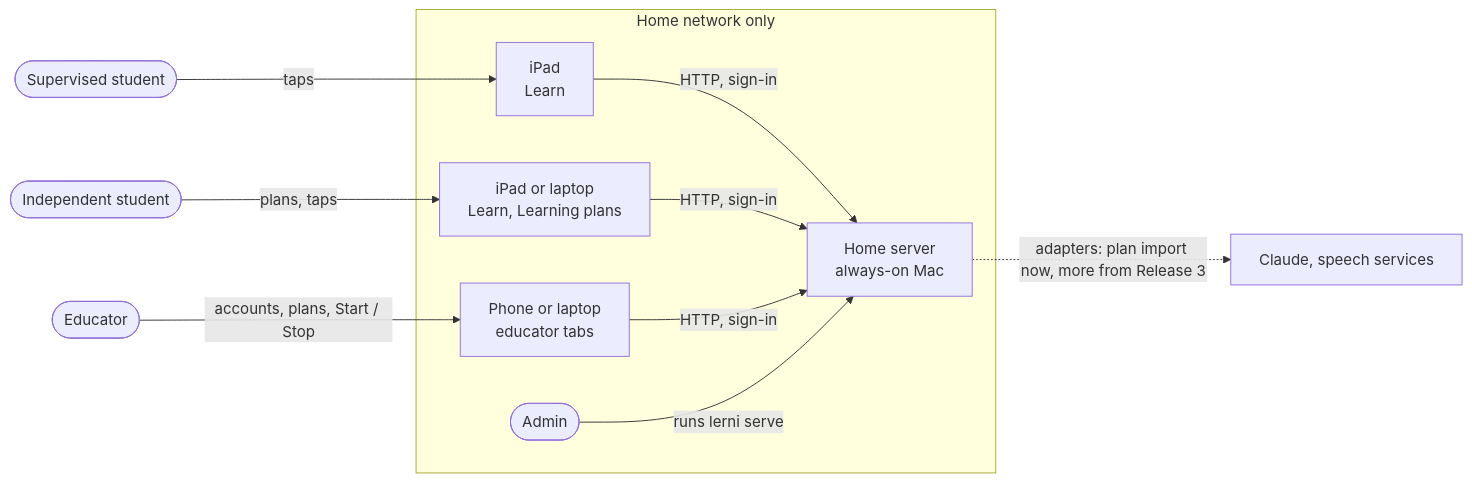
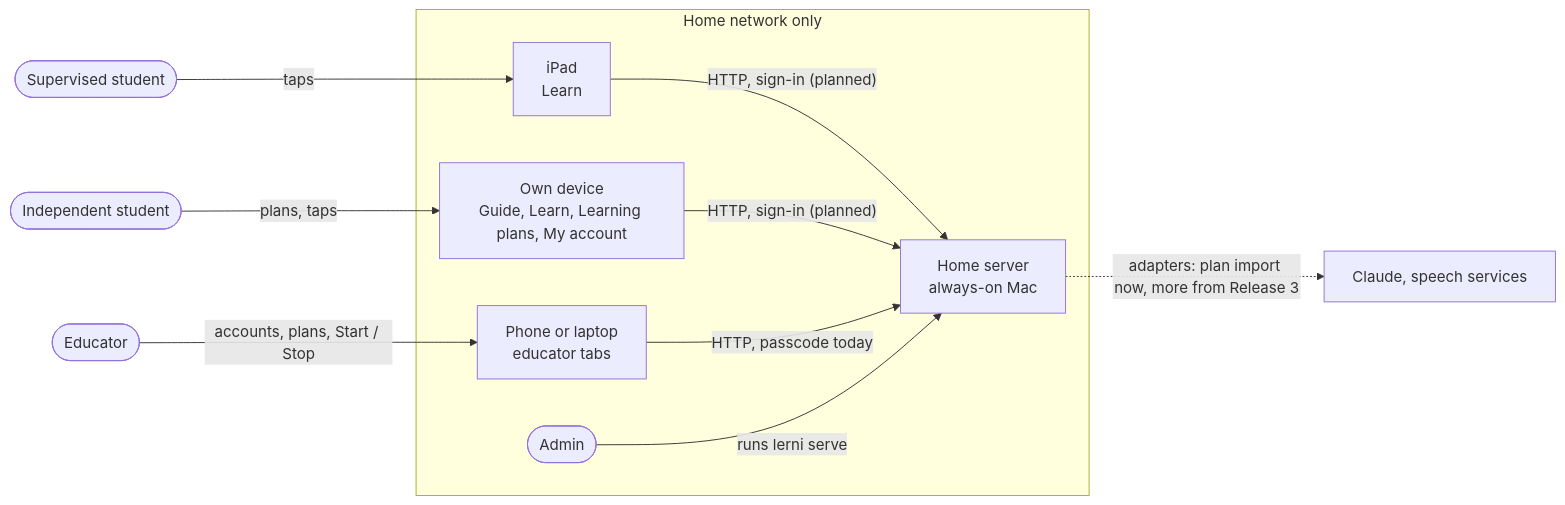
Before and after one commit to torenunez/lerni: the first of 3 diagrams in docs/ARCHITECTURE.md, drawn with Mermaid. The commit also changed other lines of this file and 12 other files, not shown here.

First line of the commit message:
Docs: revise the student-accounts design after two PR #7 reviews

````diff
--- a/docs/ARCHITECTURE.md
+++ b/docs/ARCHITECTURE.md
@@ -21,14 +21,14 @@
 ```mermaid
 flowchart LR
-    student([Supervised student]) -- taps --> ipad[iPad<br/>Learn]
-    indep([Independent student]) -- plans, taps --> idev[iPad or laptop<br/>Learn, Learning plans]
-    educator([Educator]) -- accounts, plans, Start / Stop --> edev[Phone or laptop<br/>educator tabs]
+    student([Supervised student]) -- "taps" --> ipad["iPad<br/>Learn"]
+    indep([Independent student]) -- "plans, taps" --> idev["Own device<br/>Guide, Learn, Learning plans, My account"]
+    educator([Educator]) -- "accounts, plans, Start / Stop" --> edev["Phone or laptop<br/>educator tabs"]
     subgraph home[Home network only]
-        ipad -- HTTP, sign-in --> server[Home server<br/>always-on Mac]
-        idev -- HTTP, sign-in --> server
-        edev -- HTTP, sign-in --> server
-        admin([Admin]) -- runs lerni serve --> server
+        ipad -- "HTTP, sign-in (planned)" --> server["Home server<br/>always-on Mac"]
+        idev -- "HTTP, sign-in (planned)" --> server
+        edev -- "HTTP, passcode today" --> server
+        admin([Admin]) -- "runs lerni serve" --> server
     end
 
-    server -. adapters: plan import now, more from Release 3 .-> ai[Claude, speech services]
+    server -. "adapters: plan import now, more from Release 3" .-> ai[Claude, speech services]
 ```
````
